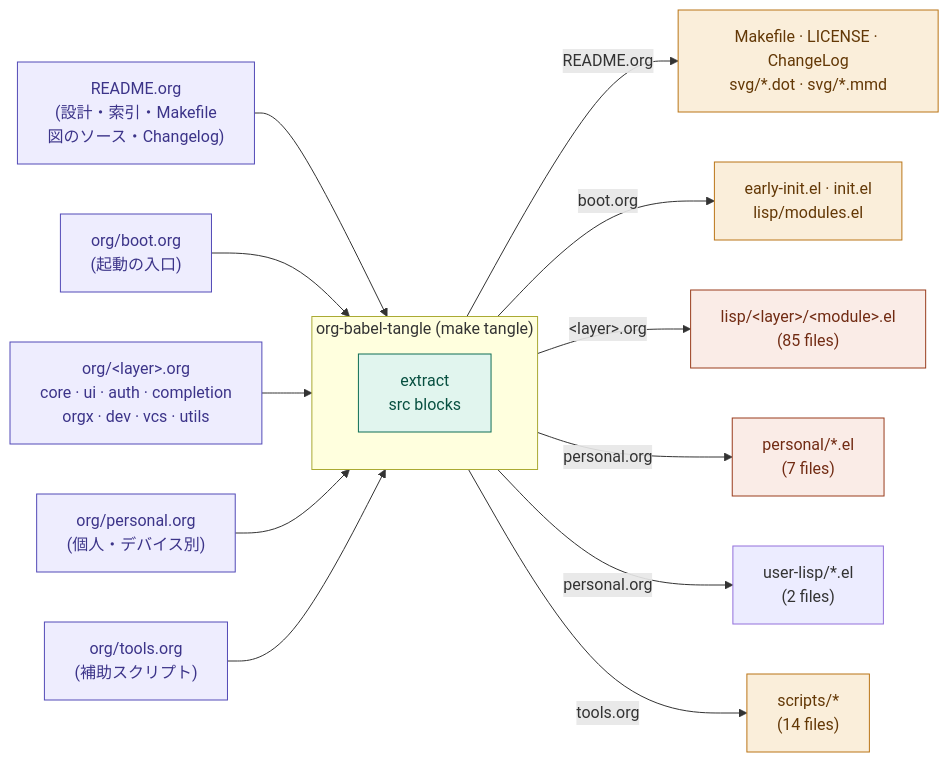
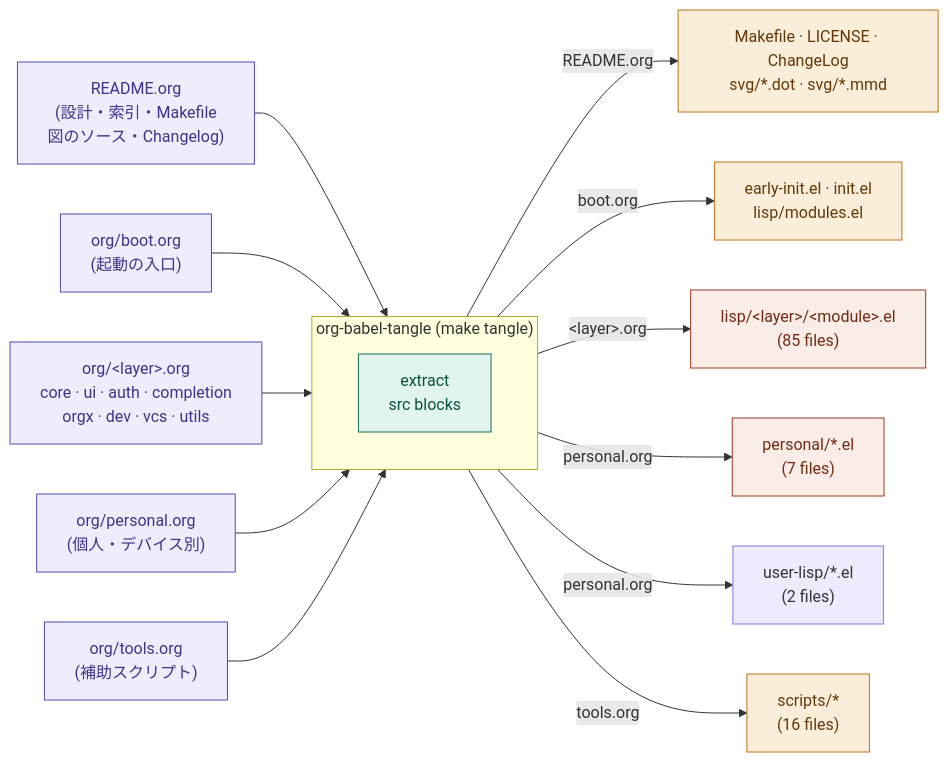
Before and after one commit to ac1965/.emacs.d: the first of 15 diagrams in README.org, drawn with Mermaid. The commit also changed other lines of this file and 2 other files, not shown here.

```diff
--- a/README.org
+++ b/README.org
@@ -1667,42 +1684,42 @@
 #+begin_src mermaid
   flowchart LR
       readme["README.org<br/>(設計・索引・Makefile<br/>図のソース・Changelog)"]
       boot["org/boot.org<br/>(起動の入口)"]
       layers["org/&lt;layer&gt;.org<br/>core · ui · auth · completion<br/>orgx · dev · vcs · utils"]
       pers["org/personal.org<br/>(個人・デバイス別)"]
       tools["org/tools.org<br/>(補助スクリプト)"]
 
       subgraph tangle["org-babel-tangle  (make tangle)"]
           extract["extract<br/>src blocks"]
       end
 
       o1["Makefile · LICENSE · ChangeLog<br/>svg/*.dot · svg/*.mmd"]
       o2["early-init.el · init.el<br/>lisp/modules.el"]
       o3["lisp/&lt;layer&gt;/&lt;module&gt;.el<br/>(85 files)"]
       o4["personal/*.el<br/>(7 files)"]
       o4b["user-lisp/*.el<br/>(2 files)"]
-      o5["scripts/*<br/>(14 files)"]
+      o5["scripts/*<br/>(16 files)"]
 
       readme --> tangle
       boot --> tangle
       layers --> tangle
       pers --> tangle
       tools --> tangle
 
       tangle -->|README.org| o1
       tangle -->|boot.org| o2
       tangle -->|"&lt;layer&gt;.org"| o3
       tangle -->|personal.org| o4
       tangle -->|personal.org| o4b
       tangle -->|tools.org| o5
 
       classDef src fill:#EEEDFE,stroke:#534AB7,color:#3C3489
       classDef tangle fill:#E1F5EE,stroke:#0F6E56,color:#085041
       classDef config fill:#FAEEDA,stroke:#BA7517,color:#633806
       classDef modules fill:#FAECE7,stroke:#993C1D,color:#712B13
 
       class readme,boot,layers,pers,tools src
       class extract tangle
       class o1,o2,o5 config
       class o3,o4 modules
 #+end_src
```
